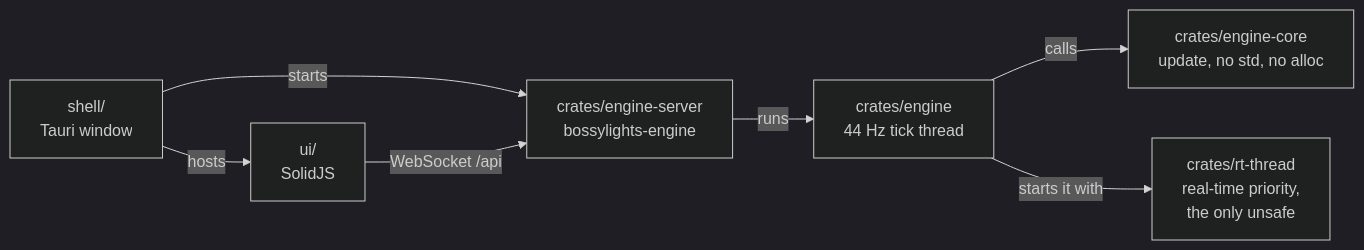
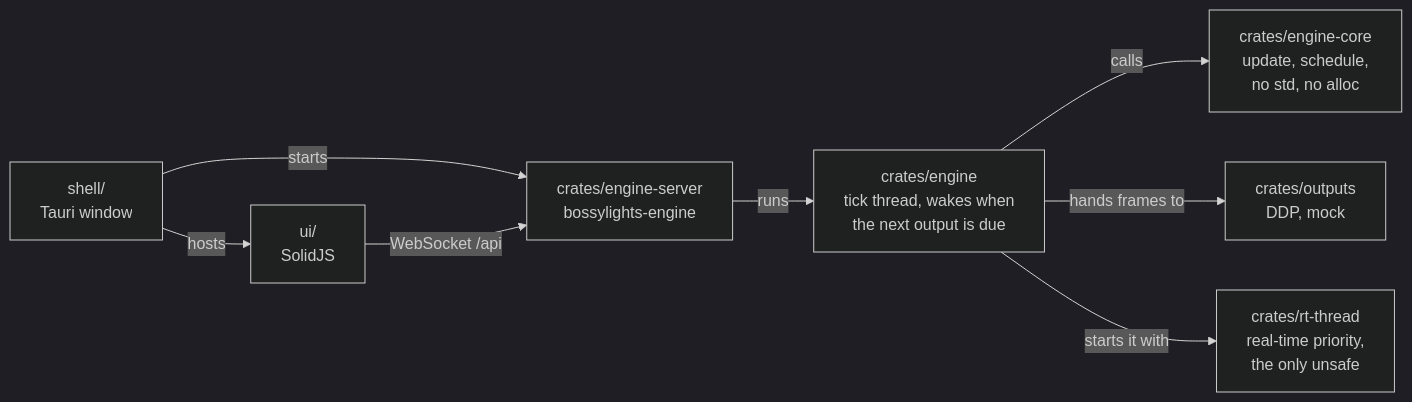
One commit to abossard/bossylights changed the first of 3 diagrams in README.md. Above: the diagram before and after it, drawn with Mermaid (dark theme). The commit also changed other lines of this file and 2 other files, not shown here.

Commit message:
docs: outputs, and how they get on and off the tick thread (#105)

````diff
--- a/README.md
+++ b/README.md
@@ -25,9 +25,10 @@
 ```mermaid
 flowchart LR
   SH["shell/<br/>Tauri window"] -- "starts" --> EB["crates/engine-server<br/>bossylights-engine"]
-  EB -- "runs" --> EN["crates/engine<br/>44 Hz tick thread"]
-  EN -- "calls" --> CO["crates/engine-core<br/>update, no std, no alloc"]
+  EB -- "runs" --> EN["crates/engine<br/>tick thread, wakes when<br/>the next output is due"]
+  EN -- "calls" --> CO["crates/engine-core<br/>update, schedule,<br/>no std, no alloc"]
+  EN -- "hands frames to" --> OU["crates/outputs<br/>DDP, mock"]
   EN -- "starts it with" --> RT["crates/rt-thread<br/>real-time priority,<br/>the only unsafe"]
   SH -- "hosts" --> UI["ui/<br/>SolidJS"]
   UI -- "WebSocket /api" --> EB
 ```
````
